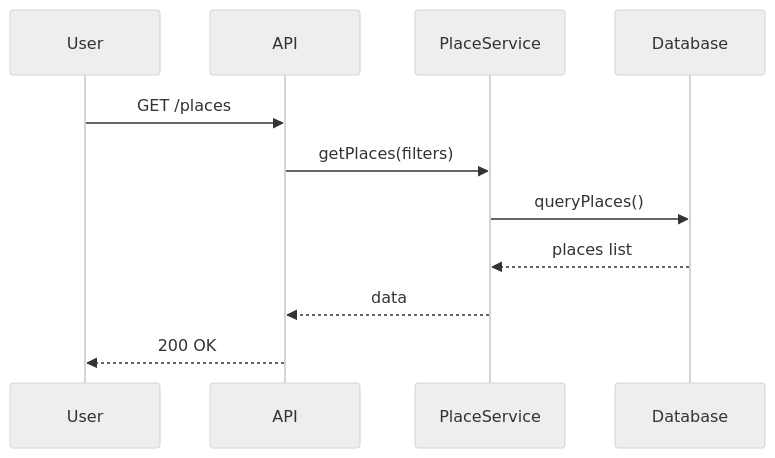
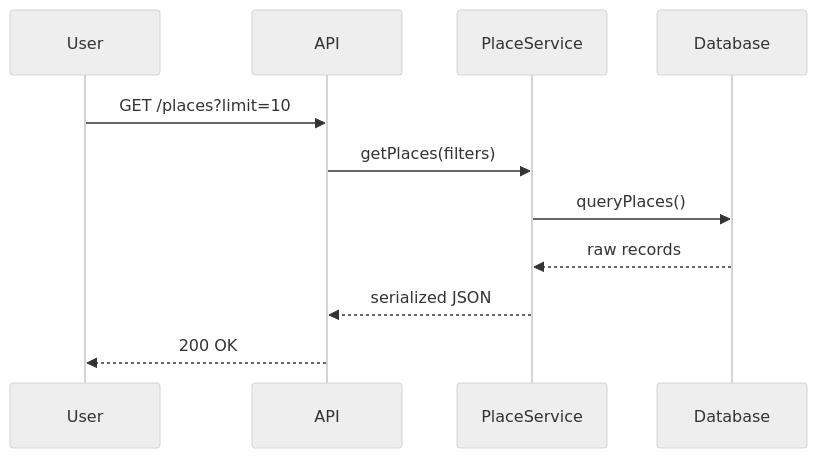
One commit to ScOreX-242/holbertonschool-hbnb changed the sixth of 6 diagrams in part1/README.md. Above: the diagram before and after it, drawn with Mermaid (neutral theme). The commit also changed other lines of this file, not shown here.

````diff
--- a/part1/README.md
+++ b/part1/README.md
@@ -168,14 +177,14 @@
 ```mermaid
 sequenceDiagram
     participant User
     participant API
     participant PlaceService
     participant Database
 
-    User->>API: GET /places
+    User->>API: GET /places?limit=10
     API->>PlaceService: getPlaces(filters)
     PlaceService->>Database: queryPlaces()
-    Database-->>PlaceService: places list
-    PlaceService-->>API: data
+    Database-->>PlaceService: raw records
+    PlaceService-->>API: serialized JSON
     API-->>User: 200 OK
 ```
````
